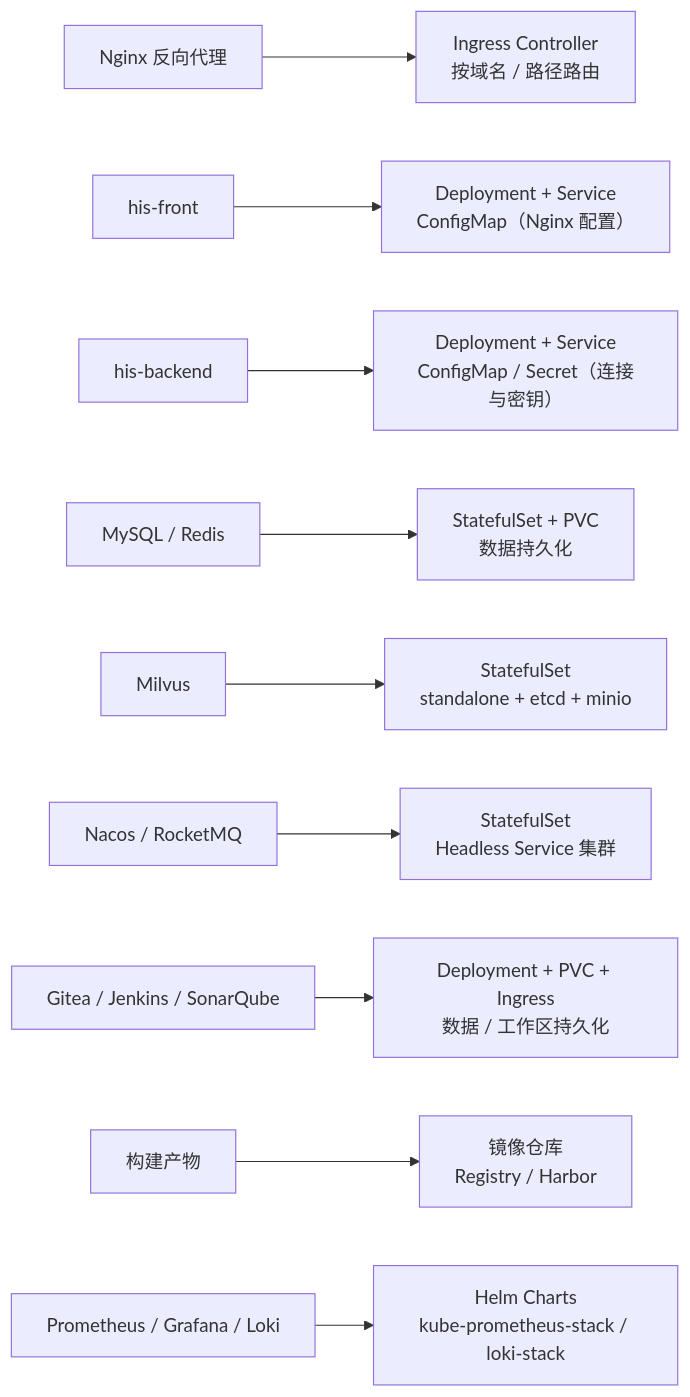
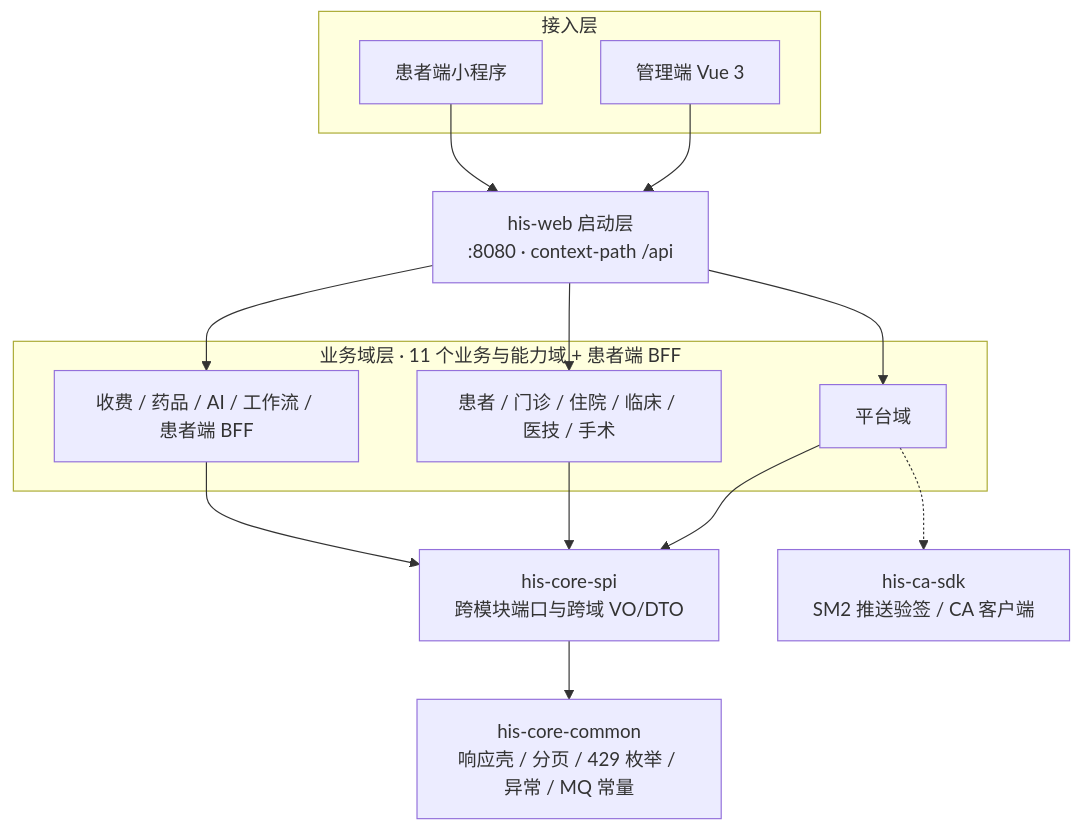
Before and after one commit to cslaochai/cslkhis: the second of 2 diagrams in README.md, drawn with Mermaid. The commit also changed other lines of this file and 185 other files, not shown here.

````diff
--- a/README.md
+++ b/README.md
@@ -222,12 +282,29 @@
 ```mermaid
-flowchart LR
-    NGX["Nginx 反向代理"] --> INGRESS["Ingress Controller<br/>按域名 / 路径路由"]
-    FRONT["his-front"] --> DEPF["Deployment + Service<br/>ConfigMap（Nginx 配置）"]
-    BACK["his-backend"] --> DEPB["Deployment + Service<br/>ConfigMap / Secret（连接与密钥）"]
-    MYSQL["MySQL / Redis"] --> STSD["StatefulSet + PVC<br/>数据持久化"]
-    MILVUS["Milvus"] --> STSM["StatefulSet<br/>standalone + etcd + minio"]
-    NACOS["Nacos / RocketMQ"] --> STSN["StatefulSet<br/>Headless Service 集群"]
-    GIT["Gitea / Jenkins / SonarQube"] --> DEPT["Deployment + PVC + Ingress<br/>数据 / 工作区持久化"]
-    IMG["构建产物"] --> REG["镜像仓库<br/>Registry / Harbor"]
-    OBS["Prometheus / Grafana / Loki"] --> HELM["Helm Charts<br/>kube-prometheus-stack / loki-stack"]
+flowchart TB
+    subgraph ACCESS["接入层"]
+        FRONT["管理端 Vue 3"]
+        MINI["患者端小程序"]
+    end
+
+    WEB["his-web 启动层<br/>:8080 · context-path /api"]
+
+    subgraph DOMAIN["业务域层 · 11 个业务与能力域 + 患者端 BFF"]
+        PLATFORM["平台域"]
+        CLINIC["患者 / 门诊 / 住院 / 临床 / 医技 / 手术"]
+        BUSINESS["收费 / 药品 / AI / 工作流 / 患者端 BFF"]
+    end
+
+    SPI["his-core-spi<br/>跨模块端口与跨域 VO/DTO"]
+    COMMON["his-core-common<br/>响应壳 / 分页 / 429 枚举 / 异常 / MQ 常量"]
+
+    FRONT --> WEB
+    MINI --> WEB
+    WEB --> PLATFORM
+    WEB --> CLINIC
+    WEB --> BUSINESS
+    PLATFORM --> SPI
+    CLINIC --> SPI
+    BUSINESS --> SPI
+    SPI --> COMMON
+    PLATFORM -.-> CA["his-ca-sdk<br/>SM2 推送验签 / CA 客户端"]
 ```
````
